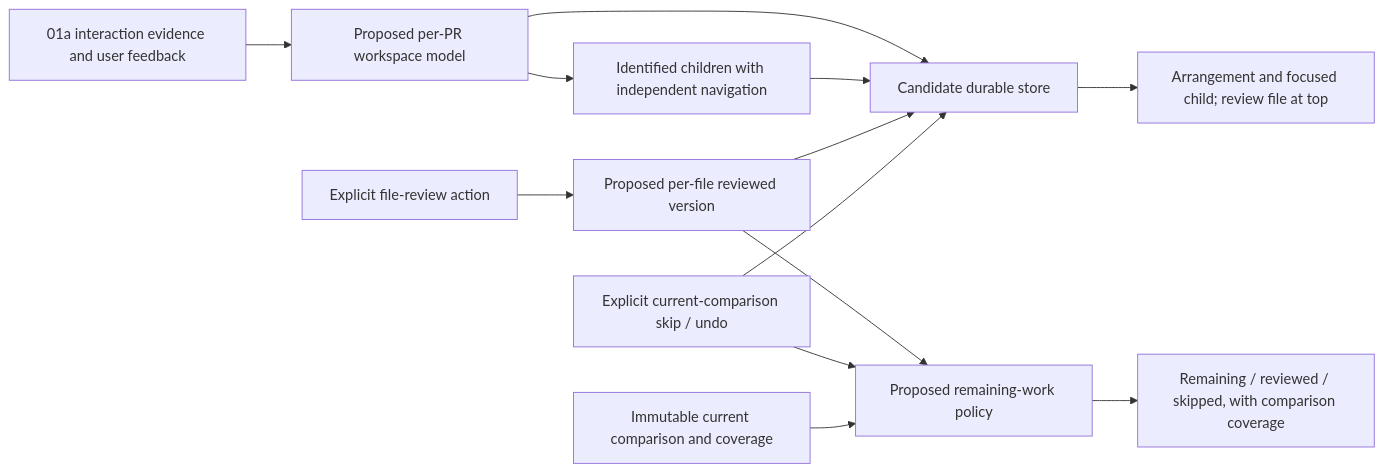
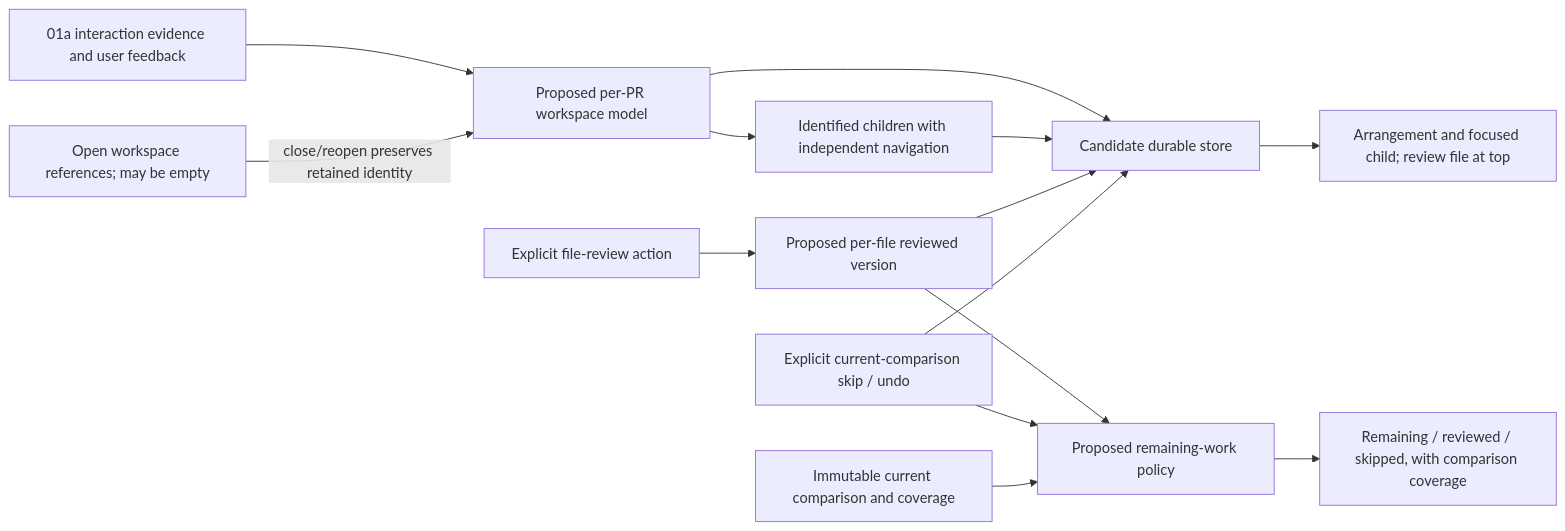
The diagram in Plans/2026-11-14-mobius/01-review-state-foundation.md (kyleve/Stuff), drawn with Mermaid before and after one commit. The commit also changed other lines of this file and 3 other files, not shown here.

Commit message:
docs(Mobius): plan retained workspace close and reopen

````diff
--- a/Plans/2026-11-14-mobius/01-review-state-foundation.md
+++ b/Plans/2026-11-14-mobius/01-review-state-foundation.md
@@ -38,15 +40,16 @@
 ```mermaid
 flowchart LR
     Prototype["01a interaction evidence and user feedback"] --> Model["Proposed per-PR workspace model"]
     Intent["Explicit file-review action"] --> Evidence["Proposed per-file reviewed version"]
     Evidence --> Policy["Proposed remaining-work policy"]
     Skip["Explicit current-comparison skip / undo"] --> Policy
     Revisions["Immutable current comparison and coverage"] --> Policy
     Model --> Children["Identified children with independent navigation"]
     Model --> Store["Candidate durable store"]
+    Presentation["Open workspace references; may be empty"] -->|close/reopen preserves retained identity| Model
     Children --> Store
     Evidence --> Store
     Skip --> Store
     Store --> Resume["Arrangement and focused child; review file at top"]
     Policy --> Result["Remaining / reviewed / skipped, with comparison coverage"]
 ```
````
